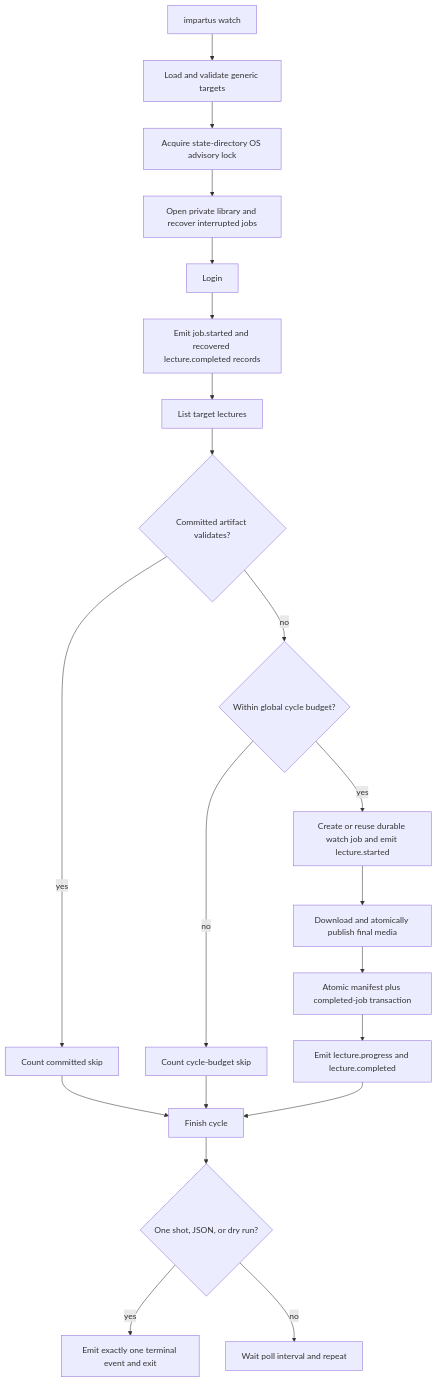
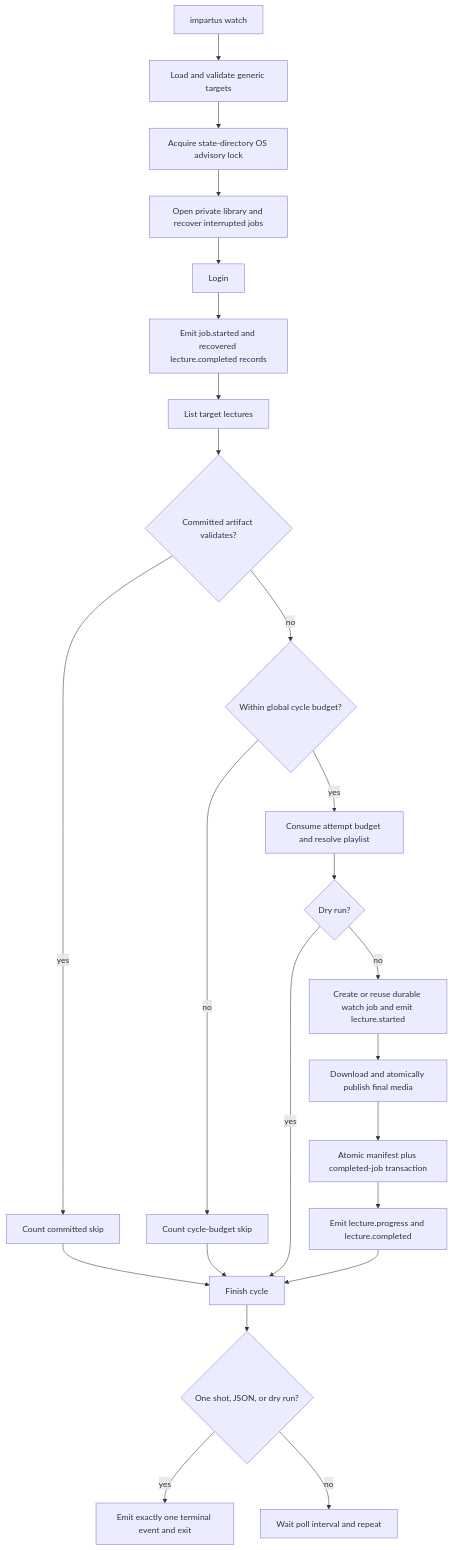
The fifth of 7 diagrams in docs/architecture.md (rabesss/impartus-cli), drawn with Mermaid before and after one commit. The commit also changed 2 other files, not shown here.

Commit message:
fix(watch): align redaction and budget docs

````diff
--- a/docs/architecture.md
+++ b/docs/architecture.md
@@ -173,23 +173,26 @@
 ```mermaid
 flowchart TD
   A[impartus watch] --> B[Load and validate generic targets]
   B --> C[Acquire state-directory OS advisory lock]
   C --> D[Open private library and recover interrupted jobs]
   D --> E[Login]
   E --> R[Emit job.started and recovered lecture.completed records]
   R --> S[List target lectures]
   S --> F{Committed artifact validates?}
   F -- yes --> G[Count committed skip]
   F -- no --> H{Within global cycle budget?}
   H -- no --> I[Count cycle-budget skip]
-  H -- yes --> J[Create or reuse durable watch job and emit lecture.started]
-  J --> K[Download and atomically publish final media]
+  H -- yes --> J[Consume attempt budget and resolve playlist]
+  J --> T{Dry run?}
+  T -- yes --> N
+  T -- no --> U[Create or reuse durable watch job and emit lecture.started]
+  U --> K[Download and atomically publish final media]
   K --> L[Atomic manifest plus completed-job transaction]
   L --> M[Emit lecture.progress and lecture.completed]
   G --> N[Finish cycle]
   I --> N
   M --> N
   N --> O{One shot, JSON, or dry run?}
   O -- yes --> P[Emit exactly one terminal event and exit]
   O -- no --> Q[Wait poll interval and repeat]
 ```
````
